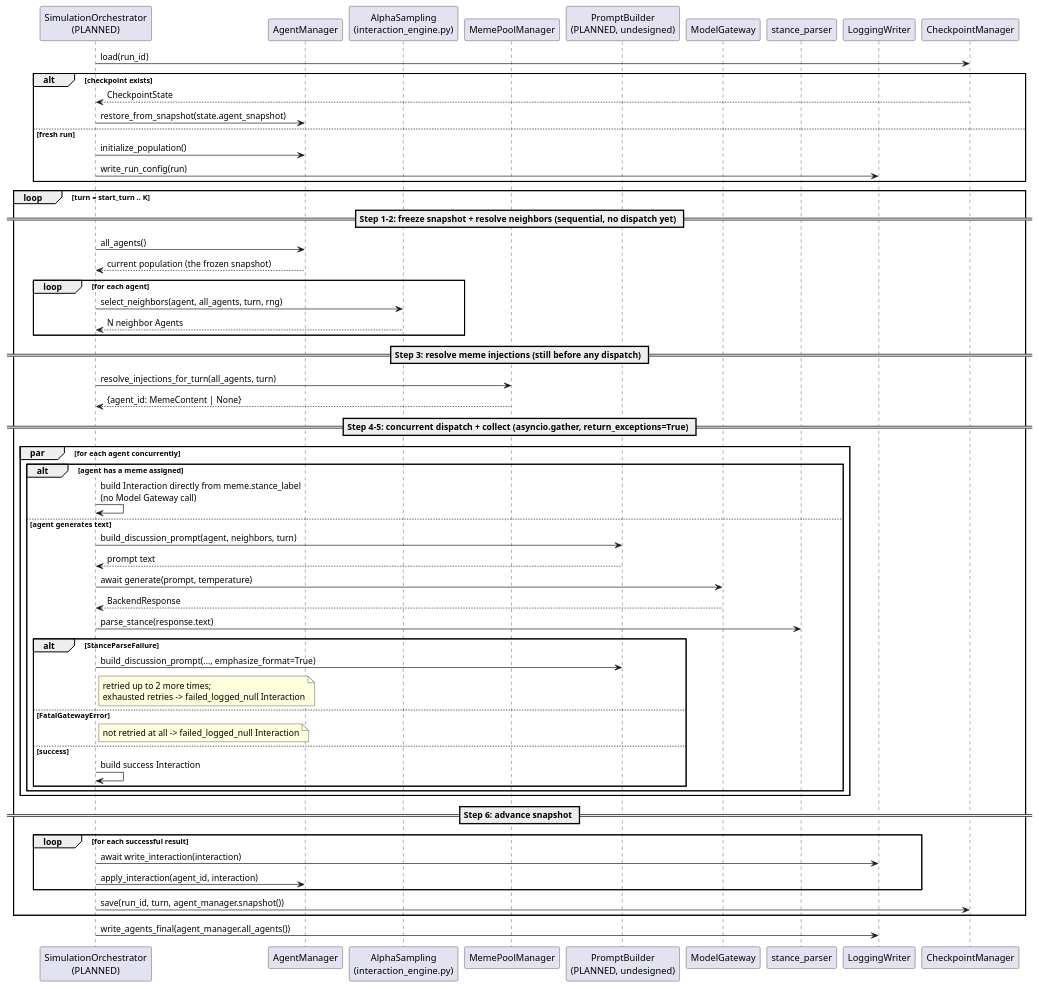
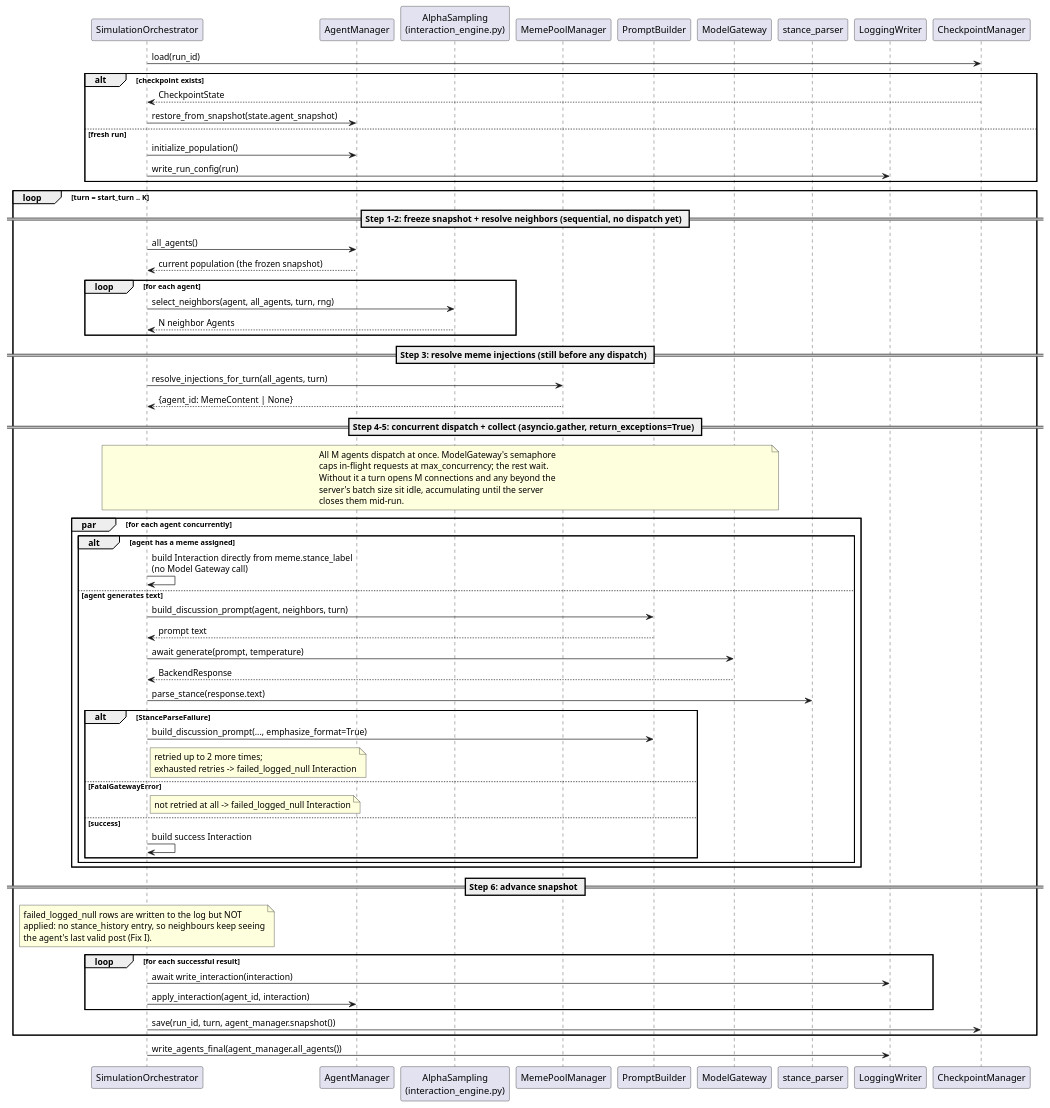
One commit to ResearchDrafts/Agentic-LLM-Network changed the diagram in Architecture-docs/plantuml/per_turn_simulation.puml. Above: the diagram before and after it, drawn with PlantUML. The commit also changed 8 other files, not shown here.

First line of the commit message:
Update docs and diagrams for Tiers 0-3 and the first campaign

```diff
--- a/Architecture-docs/plantuml/per_turn_simulation.puml
+++ b/Architecture-docs/plantuml/per_turn_simulation.puml
@@ -1,64 +1,66 @@
 @startuml
-participant "SimulationOrchestrator\n(PLANNED)" as Orch
+participant "SimulationOrchestrator" as Orch
 participant "AgentManager" as AM
 participant "AlphaSampling\n(interaction_engine.py)" as IE
 participant "MemePoolManager" as MPM
-participant "PromptBuilder\n(PLANNED, undesigned)" as PB
+participant "PromptBuilder" as PB
 participant "ModelGateway" as GW
 participant "stance_parser" as SP
 participant "LoggingWriter" as LW
 participant "CheckpointManager" as CM
 
 Orch -> CM: load(run_id)
 alt checkpoint exists
     CM --> Orch: CheckpointState
     Orch -> AM: restore_from_snapshot(state.agent_snapshot)
 else fresh run
     Orch -> AM: initialize_population()
     Orch -> LW: write_run_config(run)
 end
 
 loop turn = start_turn .. K
     == Step 1-2: freeze snapshot + resolve neighbors (sequential, no dispatch yet) ==
     Orch -> AM: all_agents()
     AM --> Orch: current population (the frozen snapshot)
     loop for each agent
         Orch -> IE: select_neighbors(agent, all_agents, turn, rng)
         IE --> Orch: N neighbor Agents
     end
 
     == Step 3: resolve meme injections (still before any dispatch) ==
     Orch -> MPM: resolve_injections_for_turn(all_agents, turn)
     MPM --> Orch: {agent_id: MemeContent | None}
 
     == Step 4-5: concurrent dispatch + collect (asyncio.gather, return_exceptions=True) ==
+    note over Orch, GW: All M agents dispatch at once. ModelGateway's semaphore\ncaps in-flight requests at max_concurrency; the rest wait.\nWithout it a turn opens M connections and any beyond the\nserver's batch size sit idle, accumulating until the server\ncloses them mid-run.
     par for each agent concurrently
         alt agent has a meme assigned
             Orch -> Orch: build Interaction directly from meme.stance_label\n(no Model Gateway call)
         else agent generates text
             Orch -> PB: build_discussion_prompt(agent, neighbors, turn)
             PB --> Orch: prompt text
             Orch -> GW: await generate(prompt, temperature)
             GW --> Orch: BackendResponse
             Orch -> SP: parse_stance(response.text)
             alt StanceParseFailure
                 Orch -> PB: build_discussion_prompt(..., emphasize_format=True)
                 note right of Orch: retried up to 2 more times;\nexhausted retries -> failed_logged_null Interaction
             else FatalGatewayError
                 note right of Orch: not retried at all -> failed_logged_null Interaction
             else success
                 Orch -> Orch: build success Interaction
             end
         end
     end
 
     == Step 6: advance snapshot ==
+    note over Orch: failed_logged_null rows are written to the log but NOT\napplied: no stance_history entry, so neighbours keep seeing\nthe agent's last valid post (Fix I).
     loop for each successful result
         Orch -> LW: await write_interaction(interaction)
         Orch -> AM: apply_interaction(agent_id, interaction)
     end
     Orch -> CM: save(run_id, turn, agent_manager.snapshot())
 end
 
 Orch -> LW: write_agents_final(agent_manager.all_agents())
 @enduml
```
